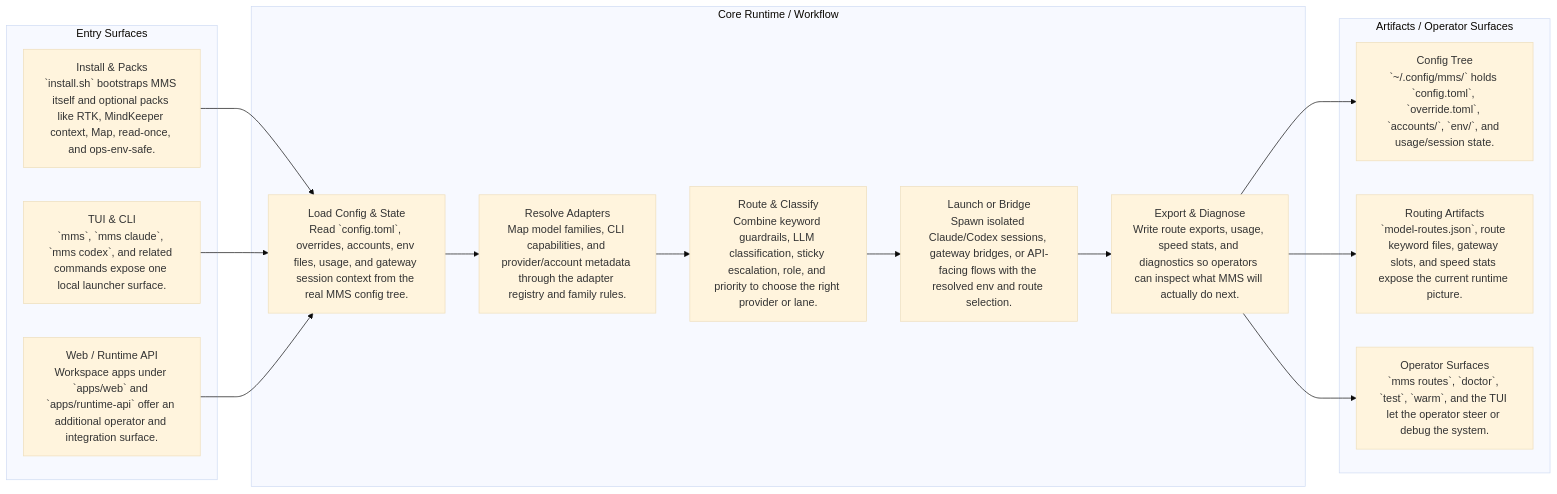
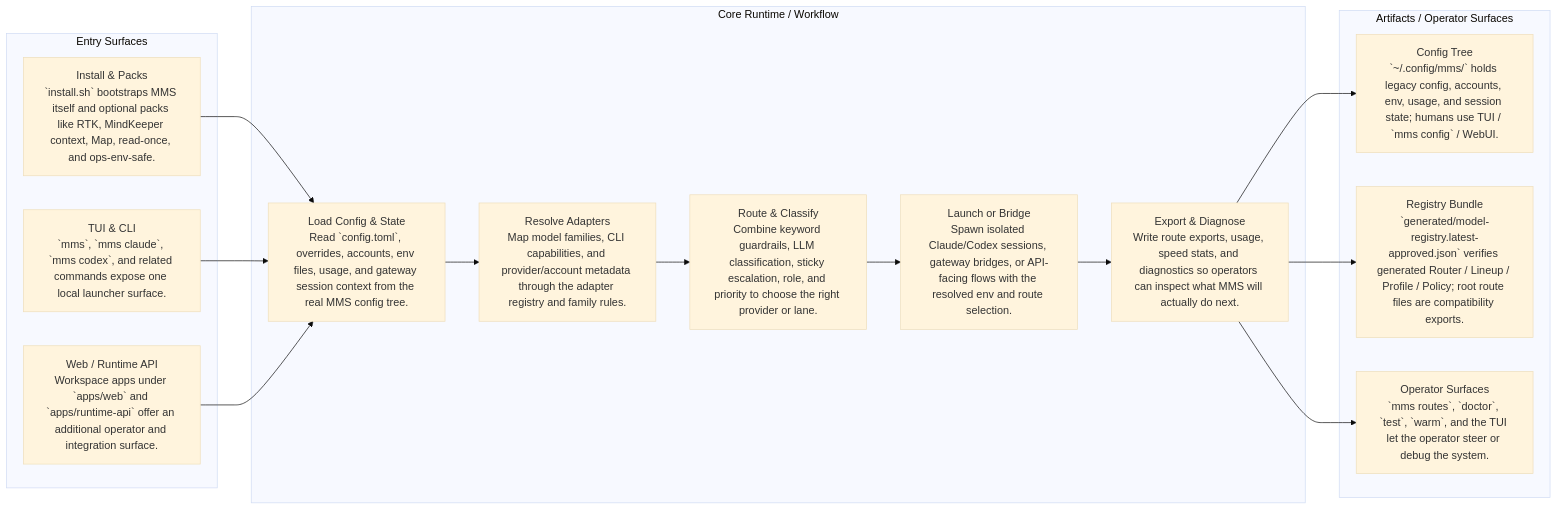
Before and after one commit to CtriXin/multi-model-switch: the diagram in docs/images/architecture-mainline.mmd, drawn with Mermaid (base theme). The commit also changed 6 other files, not shown here.

```diff
--- a/docs/images/architecture-mainline.mmd
+++ b/docs/images/architecture-mainline.mmd
@@ -1,28 +1,28 @@
 flowchart LR
   subgraph Entry[Entry Surfaces]
     E1["Install & Packs\n`install.sh` bootstraps MMS itself and optional packs like RTK, MindKeeper context, Map, read-once, and ops-env-safe."]
     E2["TUI & CLI\n`mms`, `mms claude`, `mms codex`, and related commands expose one local launcher surface."]
     E3["Web / Runtime API\nWorkspace apps under `apps/web` and `apps/runtime-api` offer an additional operator and integration surface."]
   end
   subgraph Runtime[Core Runtime / Workflow]
     R1["Load Config & State\nRead `config.toml`, overrides, accounts, env files, usage, and gateway session context from the real MMS config tree."]
     R2["Resolve Adapters\nMap model families, CLI capabilities, and provider/account metadata through the adapter registry and family rules."]
     R3["Route & Classify\nCombine keyword guardrails, LLM classification, sticky escalation, role, and priority to choose the right provider or lane."]
     R4["Launch or Bridge\nSpawn isolated Claude/Codex sessions, gateway bridges, or API-facing flows with the resolved env and route selection."]
     R5["Export & Diagnose\nWrite route exports, usage, speed stats, and diagnostics so operators can inspect what MMS will actually do next."]
   end
   subgraph Artifacts[Artifacts / Operator Surfaces]
-    A1["Config Tree\n`~/.config/mms/` holds `config.toml`, `override.toml`, `accounts/`, `env/`, and usage/session state."]
-    A2["Routing Artifacts\n`model-routes.json`, route keyword files, gateway slots, and speed stats expose the current runtime picture."]
+    A1["Config Tree\n`~/.config/mms/` holds legacy config, accounts, env, usage, and session state; humans use TUI / `mms config` / WebUI."]
+    A2["Registry Bundle\n`generated/model-registry.latest-approved.json` verifies generated Router / Lineup / Profile / Policy; root route files are compatibility exports."]
     A3["Operator Surfaces\n`mms routes`, `doctor`, `test`, `warm`, and the TUI let the operator steer or debug the system."]
   end
   E1 --> R1
   E2 --> R1
   E3 --> R1
   R1 --> R2
   R2 --> R3
   R3 --> R4
   R4 --> R5
   R5 --> A1
   R5 --> A2
   R5 --> A3
```
